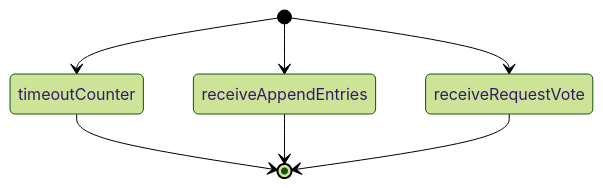
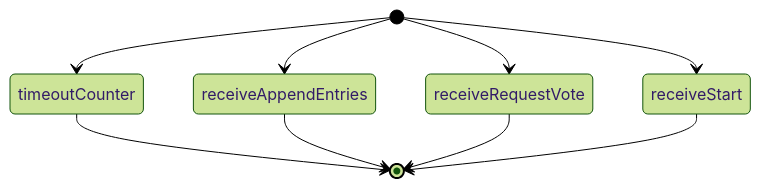
Before and after one commit to Olive-2019/blogPost: the second of 4 diagrams in DS-Lab2.md, drawn with Mermaid (forest theme). The commit also changed other lines of this file, not shown here.

````diff
--- a/DS-Lab2.md
+++ b/DS-Lab2.md
@@ -142,9 +147,11 @@
 ```mermaid
 stateDiagram-v2
     [*] --> timeoutCounter
     timeoutCounter --> [*]
     [*] --> receiveAppendEntries
     receiveAppendEntries --> [*]
     [*] --> receiveRequestVote
     receiveRequestVote --> [*]
+    [*] --> receiveStart
+    receiveStart --> [*]
 ```
````
